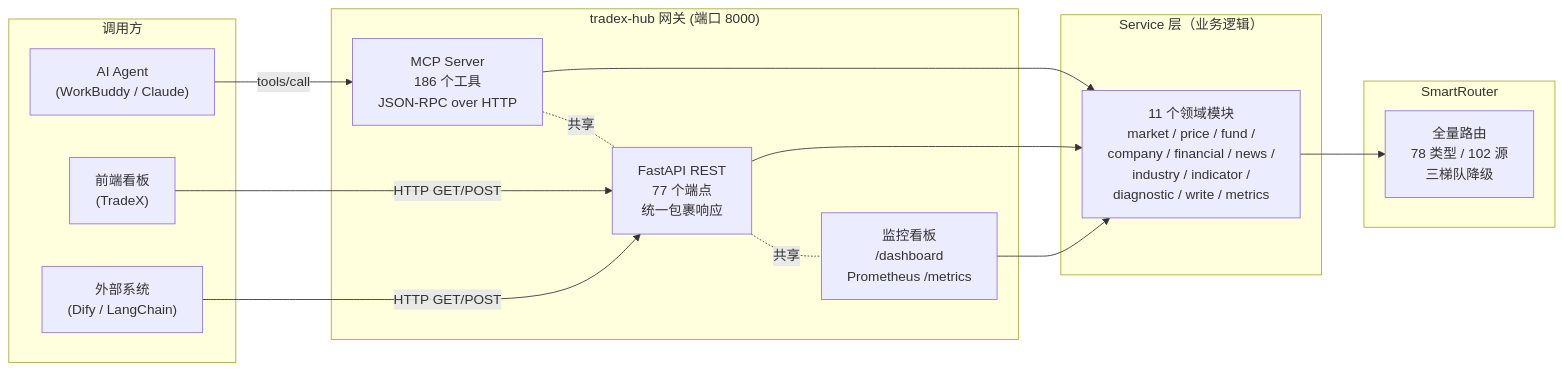
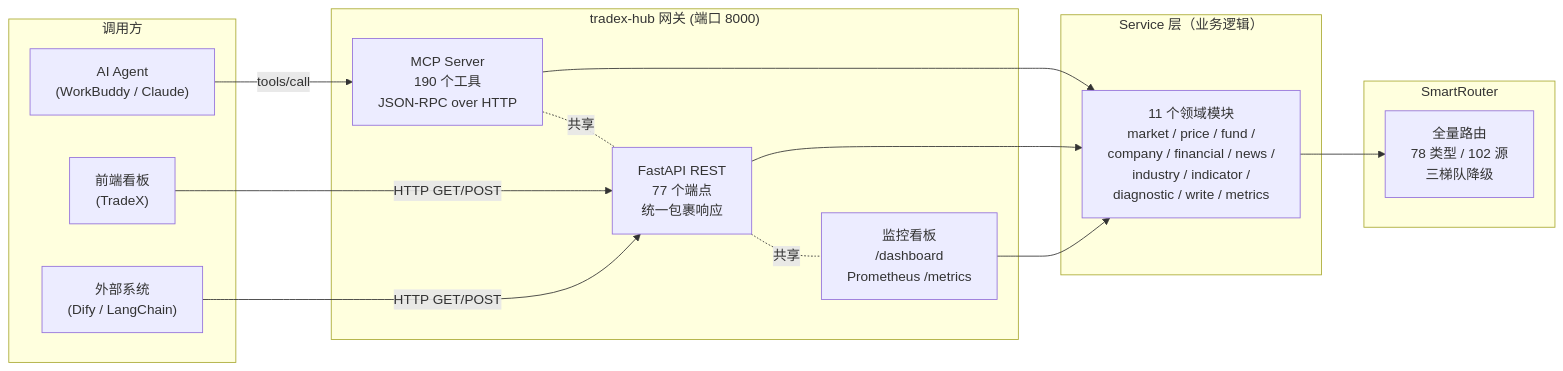
The first of 2 diagrams in README.md (wolfjkd/tradex-hub), drawn with Mermaid before and after one commit. The commit also changed other lines of this file and 9 other files, not shown here.

````diff
--- a/README.md
+++ b/README.md
@@ -97,32 +97,32 @@
 ```mermaid
 flowchart LR
     subgraph Caller["调用方"]
         A1["AI Agent<br/>(WorkBuddy / Claude)"]
         A2["前端看板<br/>(TradeX)"]
         A3["外部系统<br/>(Dify / LangChain)"]
     end
 
     subgraph Gateway["tradex-hub 网关 (端口 8000)"]
-        B1["MCP Server<br/>186 个工具<br/>JSON-RPC over HTTP"]
+        B1["MCP Server<br/>190 个工具<br/>JSON-RPC over HTTP"]
         B2["FastAPI REST<br/>77 个端点<br/>统一包裹响应"]
         B3["监控看板<br/>/dashboard<br/>Prometheus /metrics"]
         B1 -.共享.- B2
         B2 -.共享.- B3
     end
 
     subgraph Service["Service 层（业务逻辑）"]
         C1["11 个领域模块<br/>market / price / fund /<br/>company / financial / news /<br/>industry / indicator /<br/>diagnostic / write / metrics"]
     end
 
     subgraph Router["SmartRouter"]
         D1["全量路由<br/>78 类型 / 102 源<br/>三梯队降级"]
     end
 
     A1 -->|tools/call| B1
     A2 -->|HTTP GET/POST| B2
     A3 -->|HTTP GET/POST| B2
     B1 --> C1
     B2 --> C1
     B3 --> C1
     C1 --> D1
 ```
````
